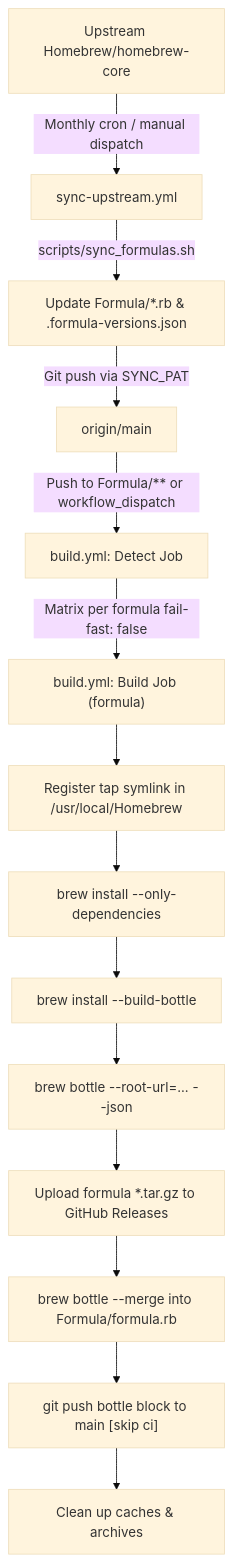
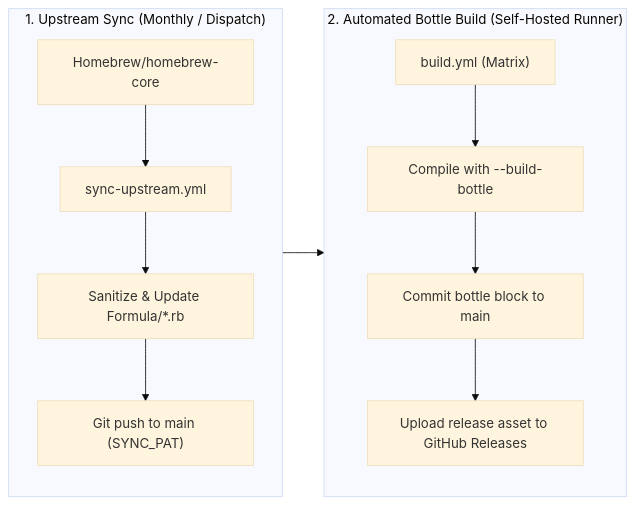
The diagram in README.md (Jaewoook/homebrew-nal), drawn with Mermaid (base theme) before and after one commit. The commit also changed other lines of this file, not shown here.

Commit message:
Refine documentation with concise architecture and updated workflow diagram

````diff
--- a/README.md
+++ b/README.md
@@ -50,16 +47,17 @@
 ```mermaid
-flowchart TD
-    A["Upstream Homebrew/homebrew-core"] -->|Monthly cron / manual dispatch| B["sync-upstream.yml"]
-    B -->|scripts/sync_formulas.sh| C["Update Formula/*.rb & .formula-versions.json"]
-    C -->|Git push via SYNC_PAT| D["origin/main"]
-    D -->|Push to Formula/** or workflow_dispatch| E["build.yml: Detect Job"]
-    E -->|Matrix per formula fail-fast: false| F["build.yml: Build Job (formula)"]
-    F --> G["Register tap symlink in /usr/local/Homebrew"]
-    G --> H["brew install --only-dependencies"]
-    H --> I["brew install --build-bottle"]
-    I --> J["brew bottle --root-url=... --json"]
-    J --> K["Upload formula *.tar.gz to GitHub Releases"]
-    K --> L["brew bottle --merge into Formula/formula.rb"]
-    L --> M["git push bottle block to main [skip ci]"]
-    M --> N["Clean up caches & archives"]
+flowchart LR
+    subgraph Sync ["1. Upstream Sync (Monthly / Dispatch)"]
+        direction TB
+        A["Homebrew/homebrew-core"] --> B["sync-upstream.yml"]
+        B --> C["Sanitize & Update Formula/*.rb"]
+        C --> D["Git push to main (SYNC_PAT)"]
+    end
+
+    subgraph Build ["2. Automated Bottle Build (Self-Hosted Runner)"]
+        direction TB
+        D --> E["build.yml (Matrix)"]
+        E --> F["Compile with --build-bottle"]
+        F --> G["Commit bottle block to main"]
+        G --> H["Upload release asset to GitHub Releases"]
+    end
 ```
````
